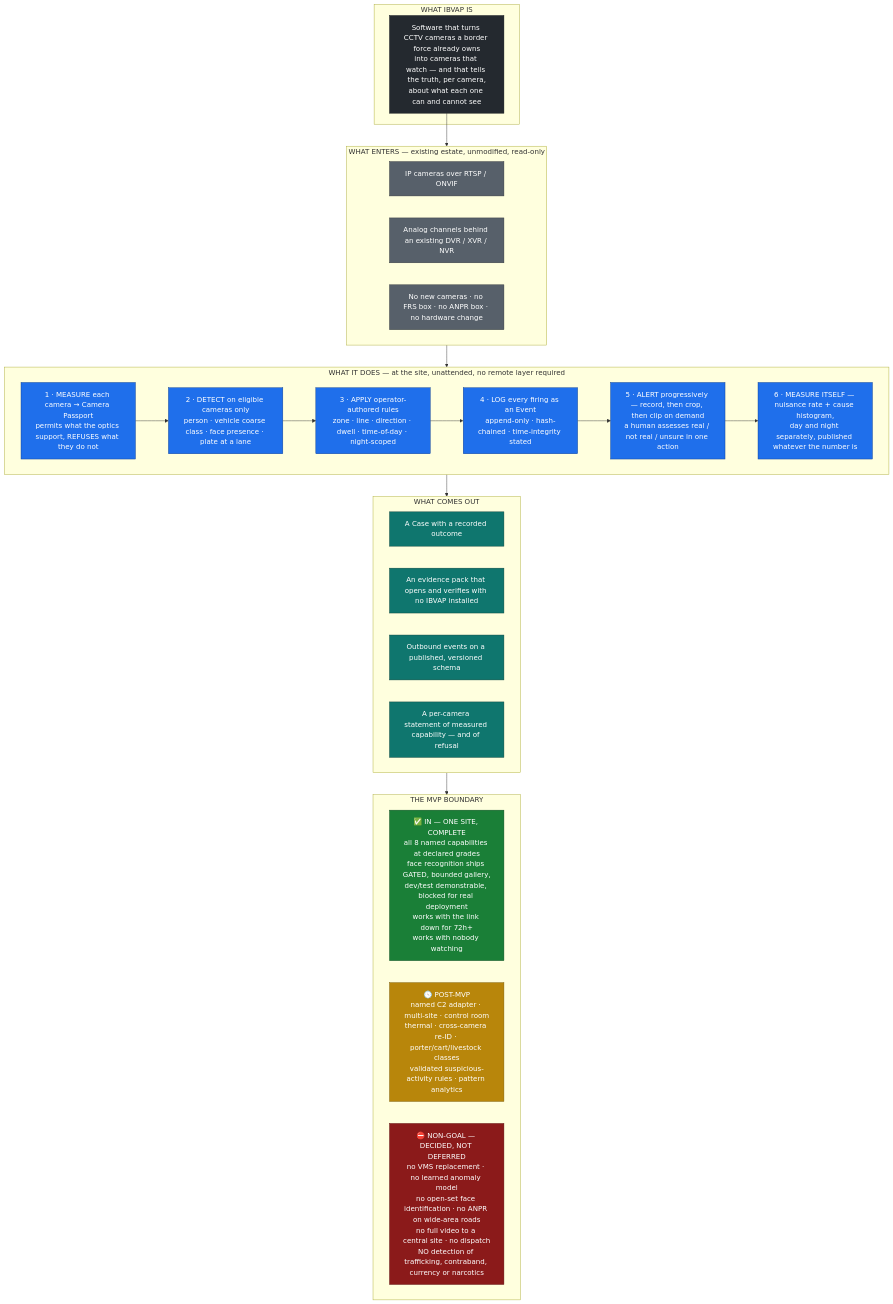
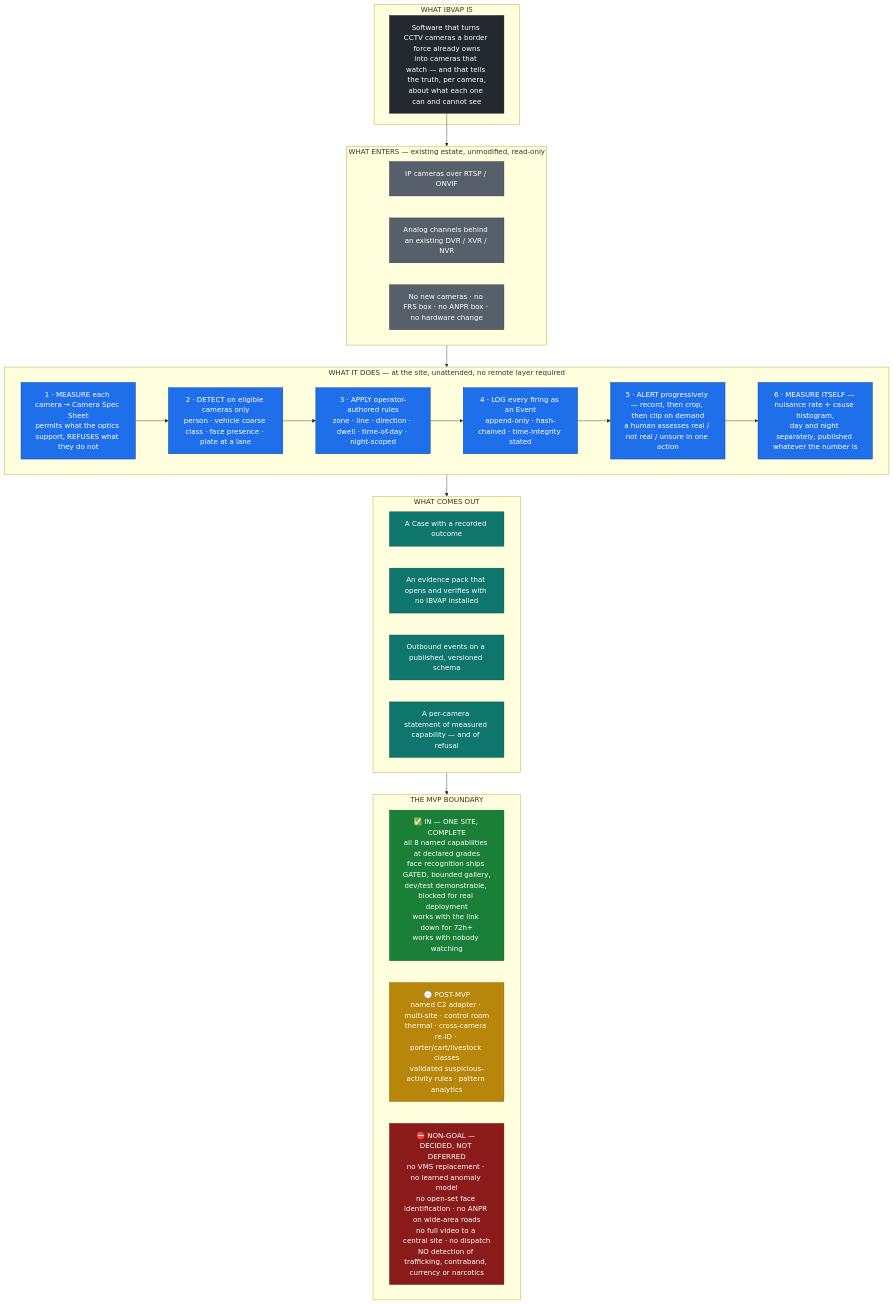
One commit to Sujatx/ibvap changed the seventh of 7 diagrams in docs/02-product/MVP.md. Above: the diagram before and after it, drawn with Mermaid. The commit also changed other lines of this file and 9 other files, not shown here.

````diff
--- a/docs/02-product/MVP.md
+++ b/docs/02-product/MVP.md
@@ -1598,56 +1598,56 @@
 ```mermaid
 flowchart TB
     subgraph WHAT["WHAT IBVAP IS"]
         W["Software that turns CCTV cameras a border force already owns<br/>into cameras that watch — and that tells the truth, per camera,<br/>about what each one can and cannot see"]
     end
 
     subgraph INP["WHAT ENTERS — existing estate, unmodified, read-only"]
         E1["IP cameras over RTSP / ONVIF"]
         E2["Analog channels behind an existing DVR / XVR / NVR"]
         E3["No new cameras · no FRS box · no ANPR box · no hardware change"]
     end
 
     subgraph DOES["WHAT IT DOES — at the site, unattended, no remote layer required"]
-        D1["1 · MEASURE each camera → Camera Passport<br/>permits what the optics support, REFUSES what they do not"]
+        D1["1 · MEASURE each camera → Camera Spec Sheet<br/>permits what the optics support, REFUSES what they do not"]
         D2["2 · DETECT on eligible cameras only<br/>person · vehicle coarse class · face presence · plate at a lane"]
         D3["3 · APPLY operator-authored rules<br/>zone · line · direction · dwell · time-of-day · night-scoped"]
         D4["4 · LOG every firing as an Event<br/>append-only · hash-chained · time-integrity stated"]
         D5["5 · ALERT progressively — record, then crop, then clip on demand<br/>a human assesses real / not real / unsure in one action"]
         D6["6 · MEASURE ITSELF — nuisance rate + cause histogram,<br/>day and night separately, published whatever the number is"]
         D1 --> D2 --> D3 --> D4 --> D5 --> D6
     end
 
     subgraph OUT["WHAT COMES OUT"]
         R1["A Case with a recorded outcome"]
         R2["An evidence pack that opens and verifies with no IBVAP installed"]
         R3["Outbound events on a published, versioned schema"]
         R4["A per-camera statement of measured capability — and of refusal"]
     end
 
     subgraph SCOPE["THE MVP BOUNDARY"]
         direction LR
         S1["✅ IN — ONE SITE, COMPLETE<br/>all 8 named capabilities at declared grades<br/>face recognition ships GATED, bounded gallery,<br/>dev/test demonstrable, blocked for real deployment<br/>works with the link down for 72h+<br/>works with nobody watching"]
         S2["🕓 POST-MVP<br/>named C2 adapter · multi-site · control room<br/>thermal · cross-camera re-ID · porter/cart/livestock classes<br/>validated suspicious-activity rules · pattern analytics"]
         S3["⛔ NON-GOAL — DECIDED, NOT DEFERRED<br/>no VMS replacement · no learned anomaly model<br/>no open-set face identification · no ANPR on wide-area roads<br/>no full video to a central site · no dispatch<br/>NO detection of trafficking, contraband, currency or narcotics"]
     end
 
     W --> INP
     INP --> DOES
     DOES --> OUT
     OUT --> SCOPE
 
     classDef what fill:#24292f,stroke:#0d1117,color:#ffffff
     classDef inp fill:#57606a,stroke:#2f3439,color:#ffffff
     classDef does fill:#1f6feb,stroke:#0b3d91,color:#ffffff
     classDef out fill:#0f766e,stroke:#08403b,color:#ffffff
     classDef yes fill:#1a7f37,stroke:#0d4a20,color:#ffffff
     classDef later fill:#b8860b,stroke:#7a5a07,color:#ffffff
     classDef never fill:#8b1a1a,stroke:#5c0f0f,color:#ffffff
     class W what
     class E1,E2,E3 inp
     class D1,D2,D3,D4,D5,D6 does
     class R1,R2,R3,R4 out
     class S1 yes
     class S2 later
     class S3 never
 ```
````
